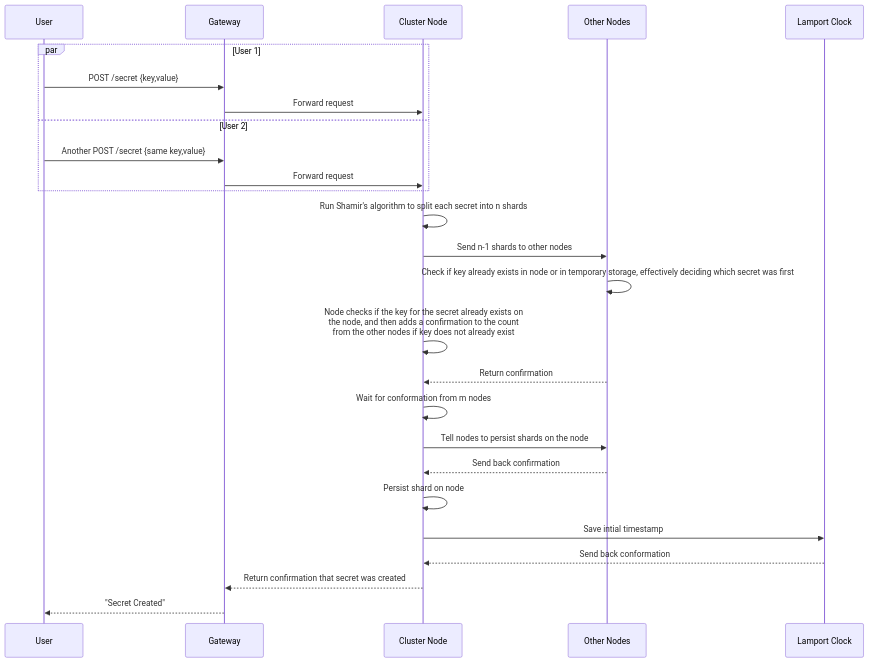
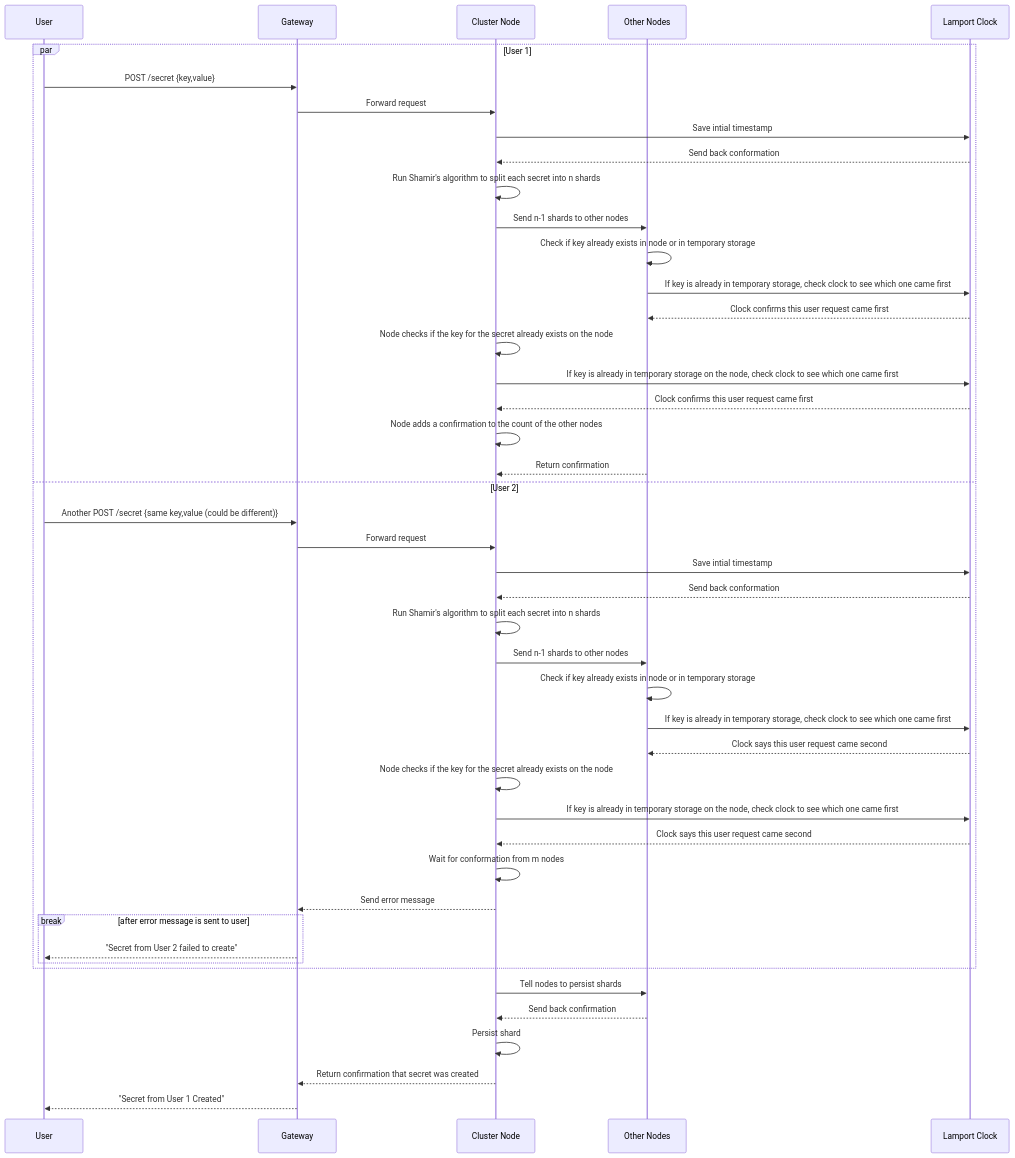
The second of 2 diagrams in docs/crud/create.md (S26-Distributed-Capstone/DistributedSecretsVault), drawn with Mermaid before and after one commit. The commit also changed other lines of this file, not shown here.

Commit message:
Happy path scenarios finished (for now)

````diff
--- a/docs/crud/create.md
+++ b/docs/crud/create.md
@@ -74,29 +80,48 @@
 ```mermaid
 sequenceDiagram
     participant User
     participant Gateway
     participant Node as Cluster Node
     participant Peers as Other Nodes
     participant Clock as Lamport Clock
 
     par User 1
       User->>Gateway: POST /secret {key,value}
       Gateway->>Node: Forward request
+      Node->>Clock: Save intial timestamp
+      Clock-->>Node: Send back conformation
+      Node->>Node: Run Shamir's algorithm to split each secret into n shards
+      Node->>Peers: Send n-1 shards to other nodes
+      Peers->>Peers: Check if key already exists in node or in temporary storage
+      Peers->>Clock: If key is already in temporary storage, check clock to see which one came first
+      Clock-->>Peers: Clock confirms this user request came first
+      Node->>Node: Node checks if the key for the secret already exists on the node
+      Node->>Clock: If key is already in temporary storage on the node, check clock to see which one came first
+      Clock-->>Node: Clock confirms this user request came first
+      Node->>Node: Node adds a confirmation to the count of the other nodes
+      Peers-->>Node: Return confirmation
     and User 2
-      User->>Gateway: Another POST /secret {same key,value}
+      User->>Gateway: Another POST /secret {same key,value (could be different)}
       Gateway->>Node: Forward request
+      Node->>Clock: Save intial timestamp
+      Clock-->>Node: Send back conformation
+      Node->>Node: Run Shamir's algorithm to split each secret into n shards
+      Node->>Peers: Send n-1 shards to other nodes
+      Peers->>Peers: Check if key already exists in node or in temporary storage
+      Peers->>Clock: If key is already in temporary storage, check clock to see which one came first
+      Clock-->>Peers: Clock says this user request came second
+      Node->>Node: Node checks if the key for the secret already exists on the node
+      Node->>Clock: If key is already in temporary storage on the node, check clock to see which one came first
+      Clock-->>Node: Clock says this user request came second
+      Node->>Node: Wait for conformation from m nodes
+      Node-->>Gateway: Send error message
+      break after error message is sent to user
+        Gateway-->>User: "Secret from User 2 failed to create"
+      end
     end
-    Node->>Node: Run Shamir's algorithm to split each secret into n shards
-    Node->>Peers: Send n-1 shards to other nodes
-    Peers->>Peers: Check if key already exists in node or in temporary storage, effectively deciding which secret was first
-    Node->>Node: Node checks if the key for the secret already exists on<br> the node, and then adds a confirmation to the count <br>from the other nodes if key does not already exist
-    Peers-->>Node: Return confirmation
-    Node->>Node: Wait for conformation from m nodes
-    Node->>Peers: Tell nodes to persist shards on the node
+    Node->>Peers: Tell nodes to persist shards
     Peers-->>Node: Send back confirmation
-    Node->>Node: Persist shard on node
-    Node->>Clock: Save intial timestamp
-    Clock-->>Node: Send back conformation
+    Node->>Node: Persist shard
     Node-->>Gateway: Return confirmation that secret was created
-    Gateway-->>User: "Secret Created"
+    Gateway-->>User: "Secret from User 1 Created"
 ```
````
